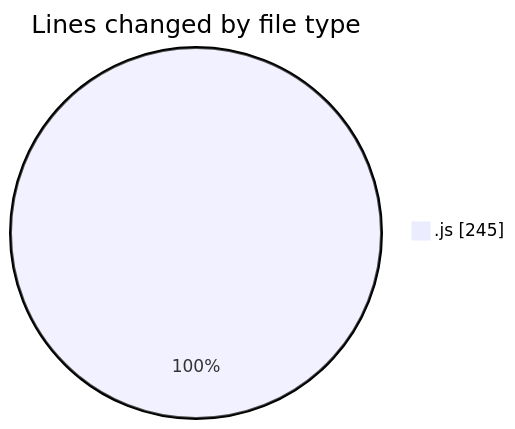
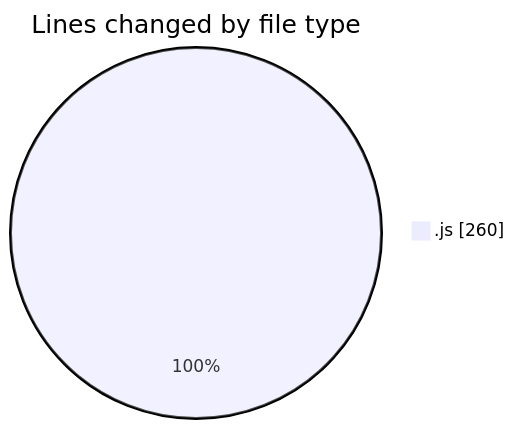
Before and after one commit to momahboobian/code-tracking: the first of 2 diagrams in 2025-02-03/cda/README.md, drawn with Mermaid. The commit also changed other lines of this file and 1 other file, not shown here.

````diff
--- a/2025-02-03/cda/README.md
+++ b/2025-02-03/cda/README.md
@@ -22,5 +22,5 @@
 ```mermaid
 pie showData
 title Lines changed by file type
-".js" : 245
+".js" : 260
 ```
````
